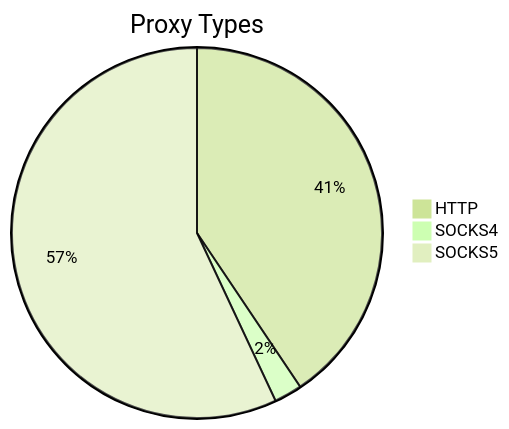
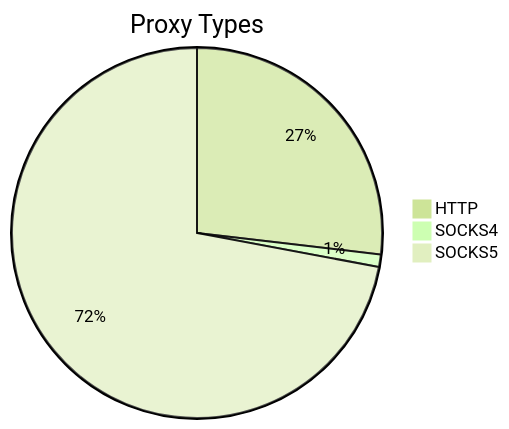
The first of 2 diagrams in README.md (stormsia/proxy-list), drawn with Mermaid (forest theme) before and after one commit. The commit also changed other lines of this file, not shown here.

````diff
--- a/README.md
+++ b/README.md
@@ -21,6 +21,6 @@
 ```mermaid
 pie title Proxy Types
-    "HTTP" : 233
+    "HTTP" : 347
     "SOCKS4" : 14
-    "SOCKS5" : 327
+    "SOCKS5" : 931
 ```
````
